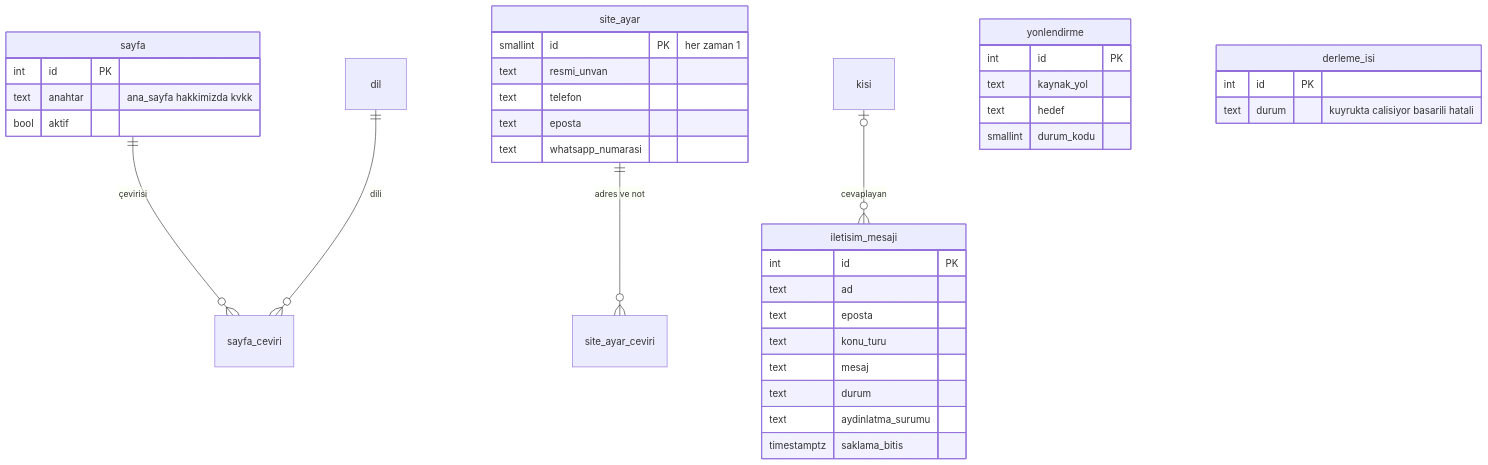
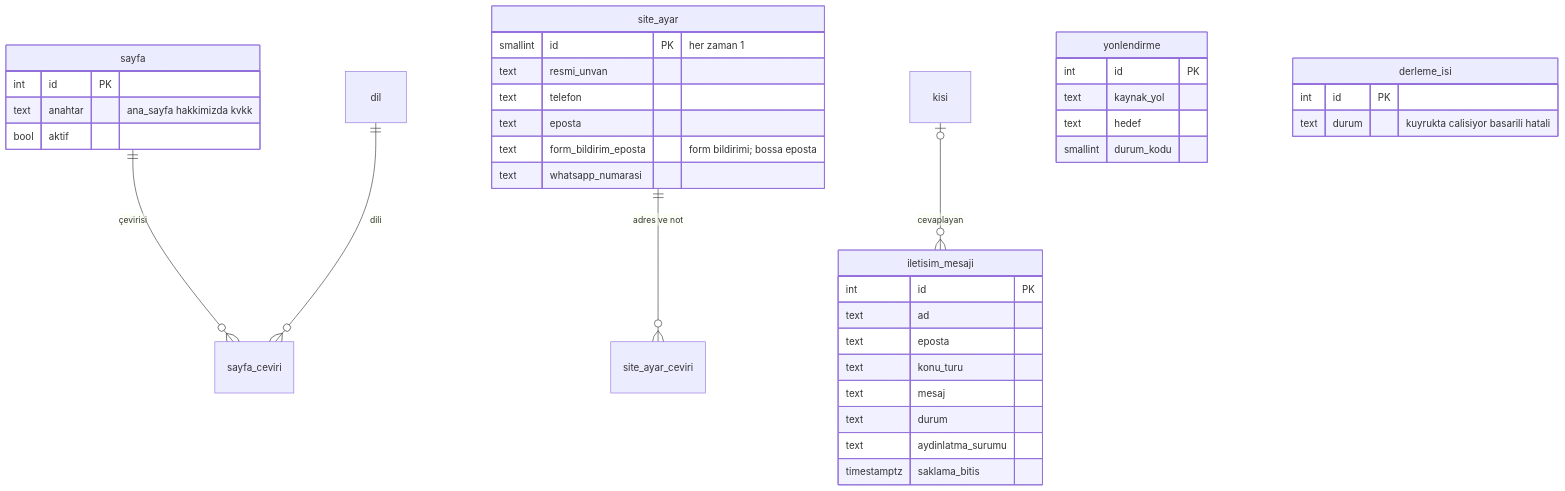
The fourth of 4 diagrams in db/VERI_MODELI.md (cooyit/insahukuk), drawn with Mermaid before and after one commit. The commit also changed other lines of this file and 13 other files, not shown here.

First line of the commit message:
Form bildirim e-postasi alanini ekle

````diff
--- a/db/VERI_MODELI.md
+++ b/db/VERI_MODELI.md
@@ -190,40 +190,41 @@
 ```mermaid
 erDiagram
   sayfa ||--o{ sayfa_ceviri : "çevirisi"
   site_ayar ||--o{ site_ayar_ceviri : "adres ve not"
   kisi |o--o{ iletisim_mesaji : "cevaplayan"
   dil ||--o{ sayfa_ceviri : "dili"
 
   sayfa {
     int id PK
     text anahtar "ana_sayfa hakkimizda kvkk"
     bool aktif
   }
   site_ayar {
     smallint id PK "her zaman 1"
     text resmi_unvan
     text telefon
     text eposta
+    text form_bildirim_eposta "form bildirimi; bossa eposta"
     text whatsapp_numarasi
   }
   iletisim_mesaji {
     int id PK
     text ad
     text eposta
     text konu_turu
     text mesaj
     text durum
     text aydinlatma_surumu
     timestamptz saklama_bitis
   }
   yonlendirme {
     int id PK
     text kaynak_yol
     text hedef
     smallint durum_kodu
   }
   derleme_isi {
     int id PK
     text durum "kuyrukta calisiyor basarili hatali"
   }
 ```
````
